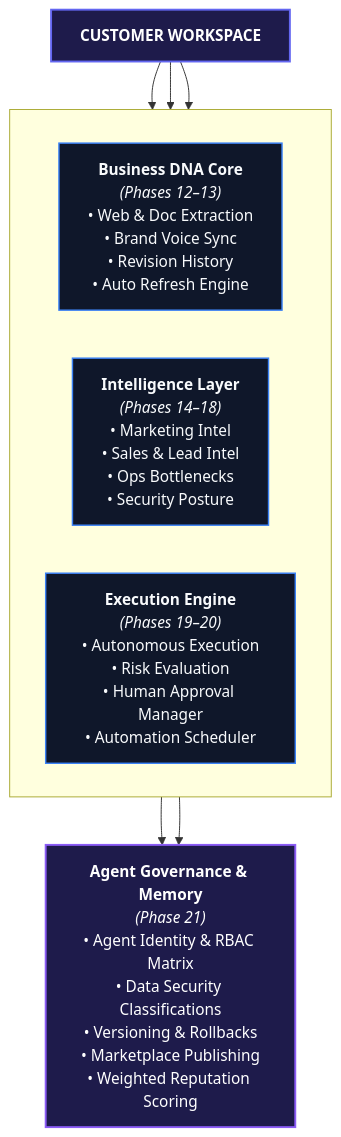
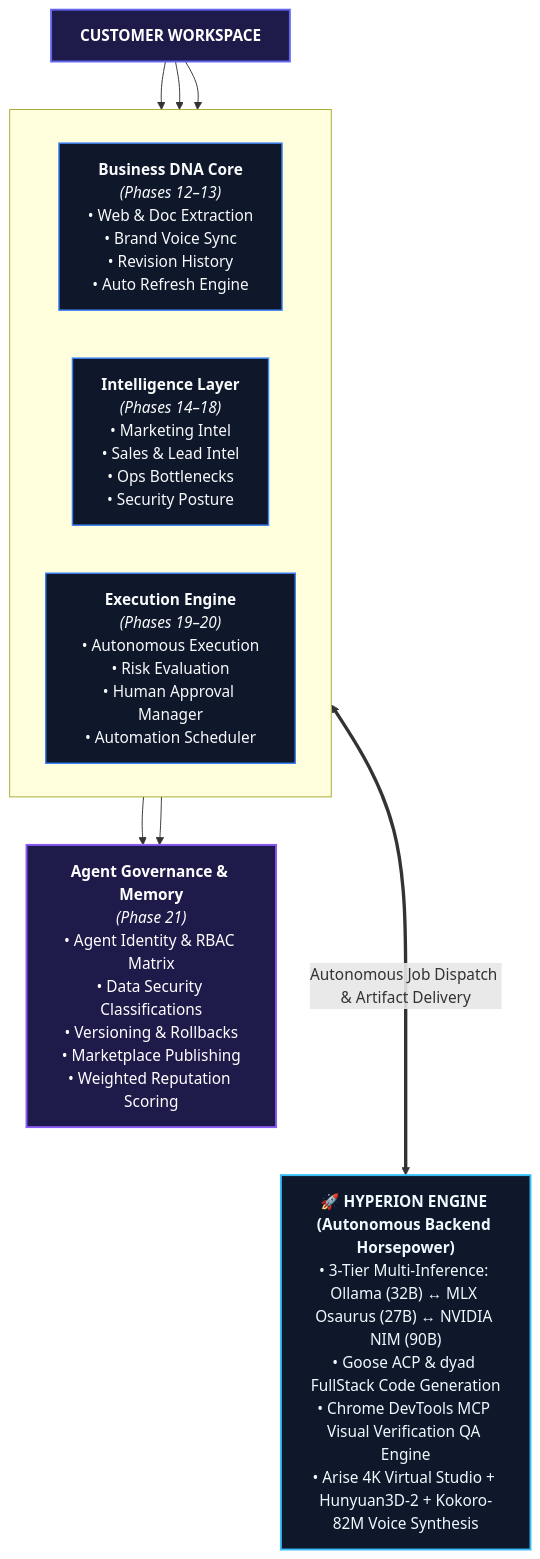
Before and after one commit to FinesseJones/FoundryOS: the diagram in README.md, drawn with Mermaid.

Commit message:
docs: linked Hyperion Engine as the master autonomous backend engine in FoundryOS architecture diagram

````diff
--- a/README.md
+++ b/README.md
@@ -15,26 +15,32 @@
 ```mermaid
 flowchart TD
     CW["<b>CUSTOMER WORKSPACE</b>"]
 
     subgraph Pillars [" "]
         direction LR
         DNA["<b>Business DNA Core</b><br/><i>(Phases 12–13)</i><br/>• Web & Doc Extraction<br/>• Brand Voice Sync<br/>• Revision History<br/>• Auto Refresh Engine"]
         INTEL["<b>Intelligence Layer</b><br/><i>(Phases 14–18)</i><br/>• Marketing Intel<br/>• Sales & Lead Intel<br/>• Ops Bottlenecks<br/>• Security Posture"]
         EXEC["<b>Execution Engine</b><br/><i>(Phases 19–20)</i><br/>• Autonomous Execution<br/>• Risk Evaluation<br/>• Human Approval Manager<br/>• Automation Scheduler"]
     end
 
     GOV["<b>Agent Governance & Memory</b><br/><i>(Phase 21)</i><br/>• Agent Identity & RBAC Matrix<br/>• Data Security Classifications<br/>• Versioning & Rollbacks<br/>• Marketplace Publishing<br/>• Weighted Reputation Scoring"]
 
+    HYP["<b>🚀 HYPERION ENGINE (Autonomous Backend Horsepower)</b><br/>• 3-Tier Multi-Inference: Ollama (32B) ↔ MLX Osaurus (27B) ↔ NVIDIA NIM (90B)<br/>• Goose ACP & dyad FullStack Code Generation<br/>• Chrome DevTools MCP Visual Verification QA Engine<br/>• Arise 4K Virtual Studio + Hunyuan3D-2 + Kokoro-82M Voice Synthesis"]
+
     CW --> DNA
     CW --> INTEL
     CW --> EXEC
 
     INTEL --> GOV
     EXEC --> GOV
 
+    EXEC <===>|"Autonomous Job Dispatch & Artifact Delivery"| HYP
+
     classDef default fill:#0f172a,stroke:#3b82f6,stroke-width:1.5px,color:#f8fafc;
     classDef main fill:#1e1b4b,stroke:#6366f1,stroke-width:2px,color:#ffffff;
     classDef gov fill:#1e1b4b,stroke:#8b5cf6,stroke-width:2px,color:#ffffff;
+    classDef hyp fill:#0f172a,stroke:#38bdf8,stroke-width:2px,color:#f0f9ff;
     class CW main;
     class GOV gov;
+    class HYP hyp;
 ```
````
